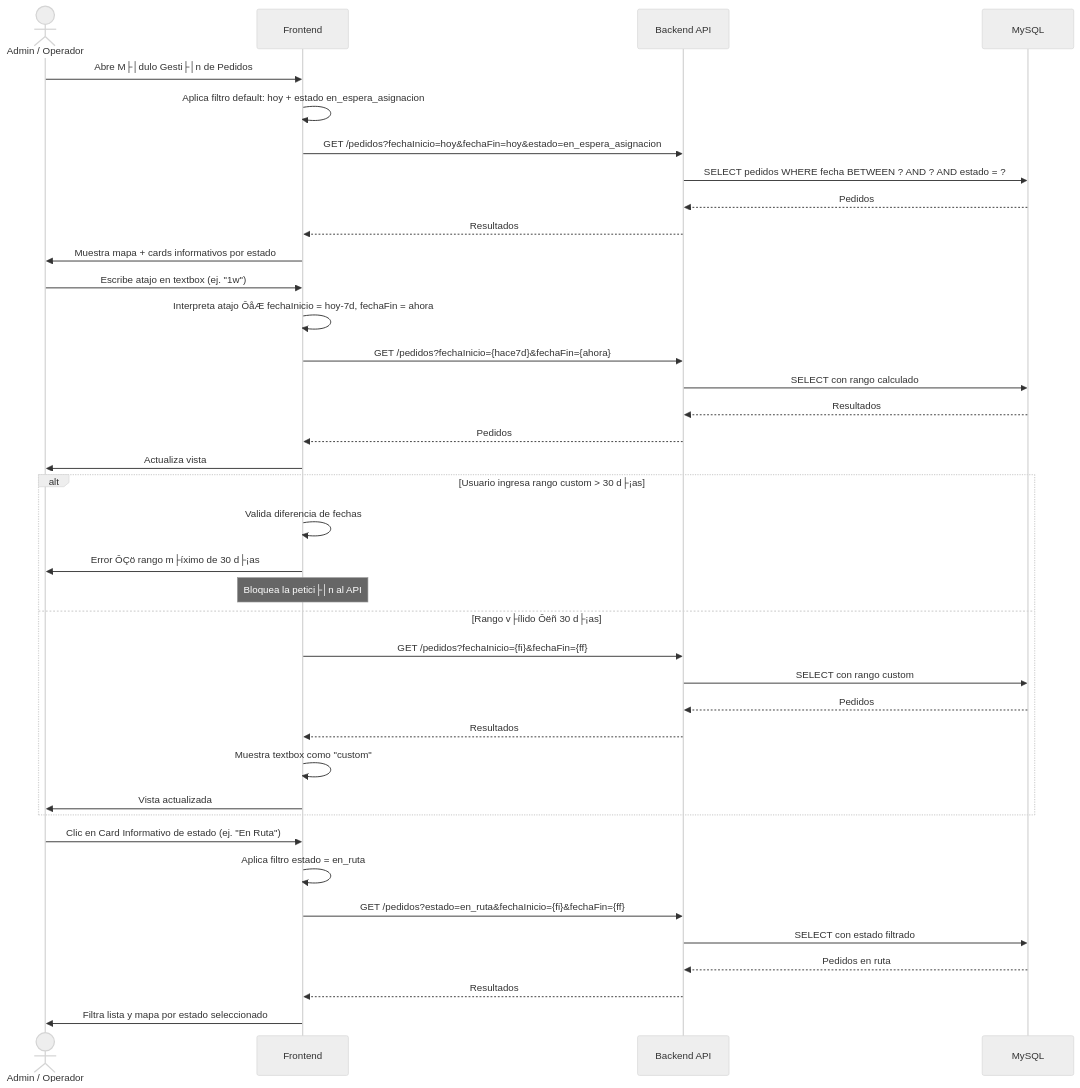
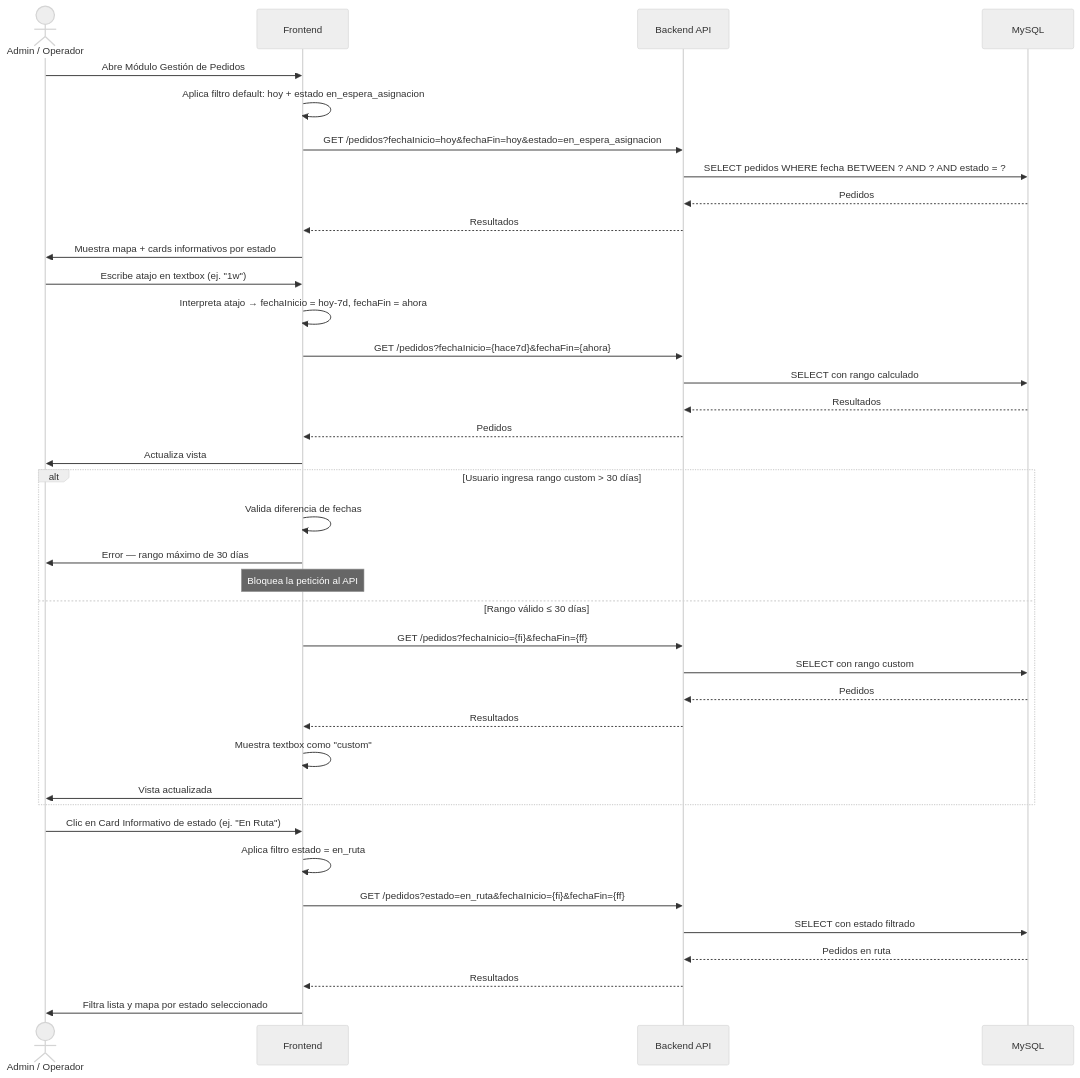
The eighth of 23 diagrams in docs/especificacion.md (UNIPI6TO/PI-ECOMMERCE-FRITOLAY), drawn with Mermaid (neutral theme) before and after one commit. The commit also changed other lines of this file, not shown here.

````diff
--- a/docs/especificacion.md
+++ b/docs/especificacion.md
@@ -1162,44 +1162,44 @@
 ```mermaid
 sequenceDiagram
     actor Usuario as Admin / Operador
     participant FE as Frontend
     participant API as Backend API
     participant DB as MySQL
 
-    Usuario->>FE: Abre M├│dulo Gesti├│n de Pedidos
+    Usuario->>FE: Abre Módulo Gestión de Pedidos
     FE->>FE: Aplica filtro default: hoy + estado en_espera_asignacion
     FE->>API: GET /pedidos?fechaInicio=hoy&fechaFin=hoy&estado=en_espera_asignacion
     API->>DB: SELECT pedidos WHERE fecha BETWEEN ? AND ? AND estado = ?
     DB-->>API: Pedidos
     API-->>FE: Resultados
     FE->>Usuario: Muestra mapa + cards informativos por estado
 
     Usuario->>FE: Escribe atajo en textbox (ej. "1w")
-    FE->>FE: Interpreta atajo ÔåÆ fechaInicio = hoy-7d, fechaFin = ahora
+    FE->>FE: Interpreta atajo → fechaInicio = hoy-7d, fechaFin = ahora
     FE->>API: GET /pedidos?fechaInicio={hace7d}&fechaFin={ahora}
     API->>DB: SELECT con rango calculado
     DB-->>API: Resultados
     API-->>FE: Pedidos
     FE->>Usuario: Actualiza vista
 
-    alt Usuario ingresa rango custom > 30 d├¡as
+    alt Usuario ingresa rango custom > 30 días
         FE->>FE: Valida diferencia de fechas
-        FE->>Usuario: Error ÔÇö rango m├íximo de 30 d├¡as
-        Note over FE: Bloquea la petici├│n al API
-    else Rango v├ílido Ôëñ 30 d├¡as
+        FE->>Usuario: Error — rango máximo de 30 días
+        Note over FE: Bloquea la petición al API
+    else Rango válido ≤ 30 días
         FE->>API: GET /pedidos?fechaInicio={fi}&fechaFin={ff}
         API->>DB: SELECT con rango custom
         DB-->>API: Pedidos
         API-->>FE: Resultados
         FE->>FE: Muestra textbox como "custom"
         FE->>Usuario: Vista actualizada
     end
 
     Usuario->>FE: Clic en Card Informativo de estado (ej. "En Ruta")
     FE->>FE: Aplica filtro estado = en_ruta
     FE->>API: GET /pedidos?estado=en_ruta&fechaInicio={fi}&fechaFin={ff}
     API->>DB: SELECT con estado filtrado
     DB-->>API: Pedidos en ruta
     API-->>FE: Resultados
     FE->>Usuario: Filtra lista y mapa por estado seleccionado
 ```
````
